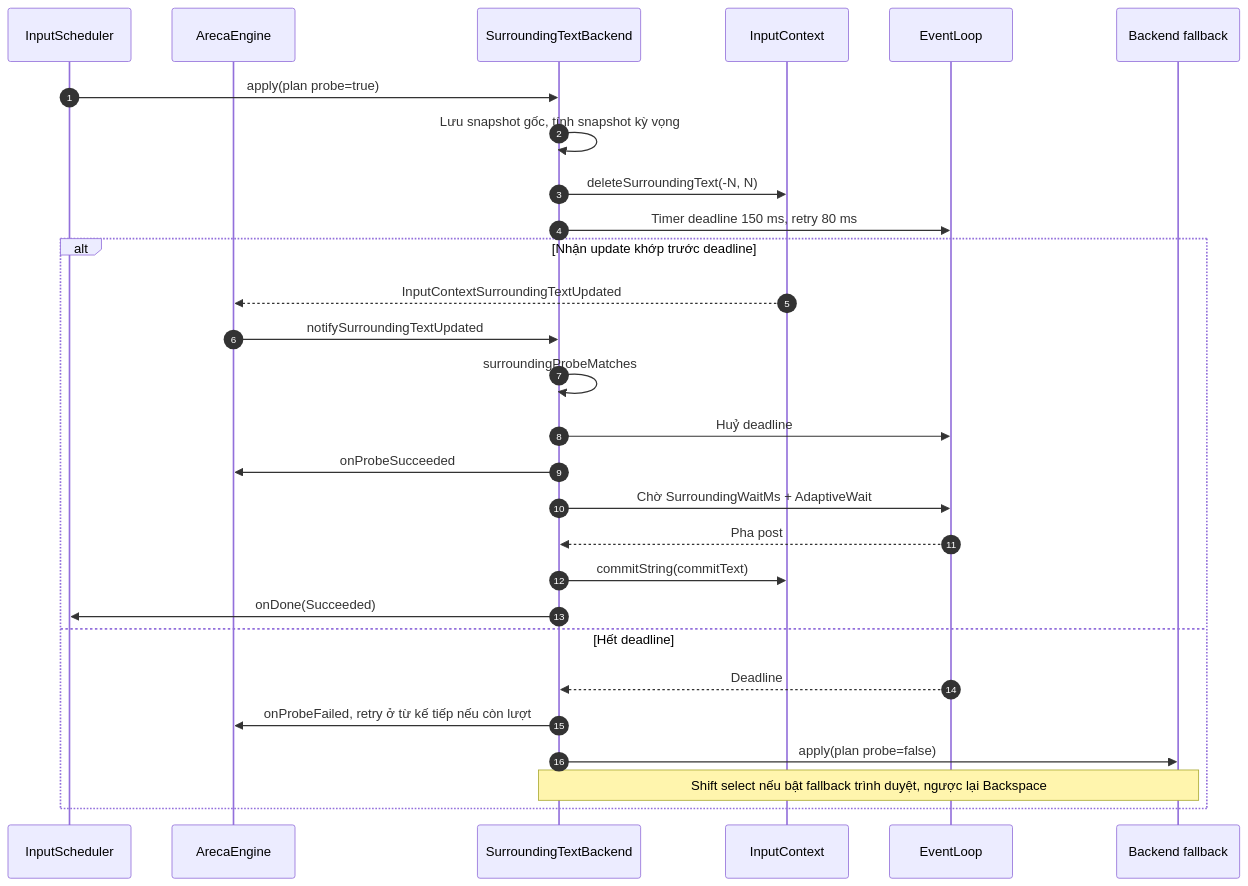
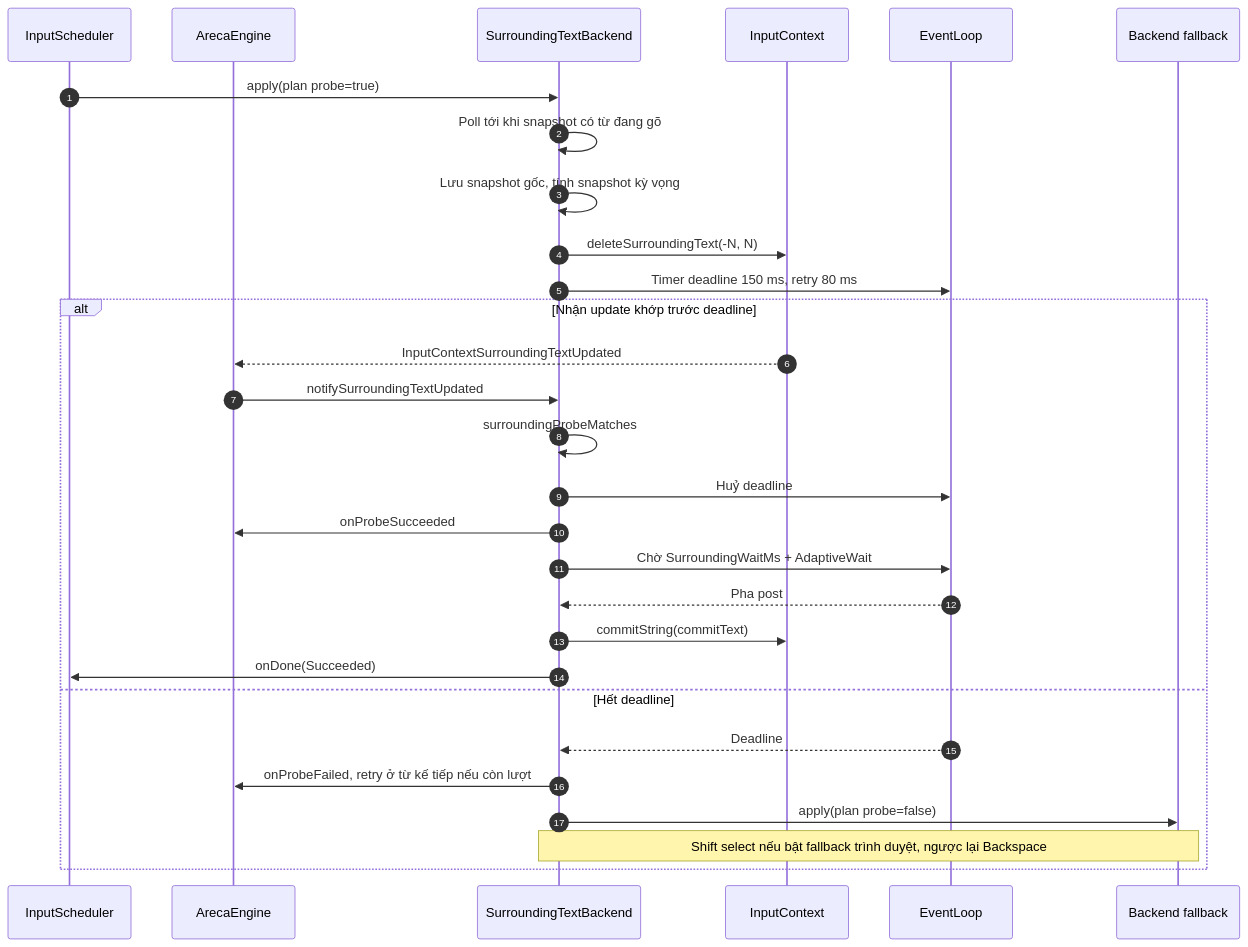
One commit to xhkzeroone/ArecaIME changed the second of 6 diagrams in docs/ARECA_ARCHITECTURE_SPECIFICATION.md. Above: the diagram before and after it, drawn with Mermaid. The commit also changed other lines of this file and 20 other files, not shown here.

````diff
--- a/docs/ARECA_ARCHITECTURE_SPECIFICATION.md
+++ b/docs/ARECA_ARCHITECTURE_SPECIFICATION.md
@@ -127,32 +135,33 @@
 ```mermaid
 sequenceDiagram
     autonumber
     participant S as InputScheduler
     participant E as ArecaEngine
     participant B as SurroundingTextBackend
     participant IC as InputContext
     participant EL as EventLoop
     participant FB as Backend fallback
 
     S->>B: apply(plan probe=true)
+    B->>B: Poll tới khi snapshot có từ đang gõ
     B->>B: Lưu snapshot gốc, tính snapshot kỳ vọng
     B->>IC: deleteSurroundingText(-N, N)
     B->>EL: Timer deadline 150 ms, retry 80 ms
 
     alt Nhận update khớp trước deadline
         IC-->>E: InputContextSurroundingTextUpdated
         E->>B: notifySurroundingTextUpdated
         B->>B: surroundingProbeMatches
         B->>EL: Huỷ deadline
         B->>E: onProbeSucceeded
         B->>EL: Chờ SurroundingWaitMs + AdaptiveWait
         EL-->>B: Pha post
         B->>IC: commitString(commitText)
         B->>S: onDone(Succeeded)
     else Hết deadline
         EL-->>B: Deadline
         B->>E: onProbeFailed, retry ở từ kế tiếp nếu còn lượt
         B->>FB: apply(plan probe=false)
         Note over B,FB: Shift select nếu bật fallback trình duyệt, ngược lại Backspace
     end
 ```
````
